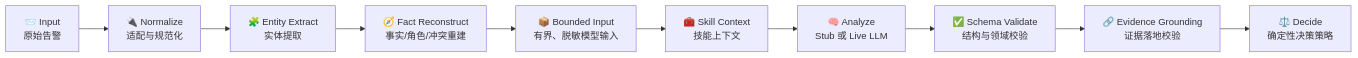
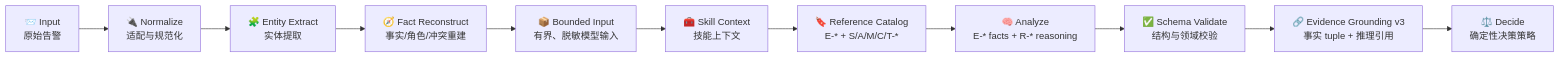
Before and after one commit to yydspanda/deer-flow: the diagram in .notes/ai_soc/runtime-validation-runbook.md, drawn with Mermaid. The commit also changed other lines of this file and 54 other files, not shown here.

````diff
--- a/.notes/ai_soc/runtime-validation-runbook.md
+++ b/.notes/ai_soc/runtime-validation-runbook.md
@@ -9,12 +28,13 @@
 ```mermaid
 flowchart LR
     A["📨 Input<br/>原始告警"] --> B["🔌 Normalize<br/>适配与规范化"]
     B --> C["🧩 Entity Extract<br/>实体提取"]
     C --> D["🧭 Fact Reconstruct<br/>事实/角色/冲突重建"]
     D --> E["📦 Bounded Input<br/>有界、脱敏模型输入"]
     E --> F["🧰 Skill Context<br/>技能上下文"]
-    F --> G["🧠 Analyze<br/>Stub 或 Live LLM"]
+    F --> RC["🔖 Reference Catalog<br/>E-* + S/A/M/C/T-*"]
+    RC --> G["🧠 Analyze<br/>E-* facts + R-* reasoning"]
     G --> H["✅ Schema Validate<br/>结构与领域校验"]
-    H --> I["🔗 Evidence Grounding<br/>证据落地校验"]
+    H --> I["🔗 Evidence Grounding v3<br/>事实 tuple + 推理引用"]
     I --> J["⚖️ Decide<br/>确定性决策策略"]
 ```
````
